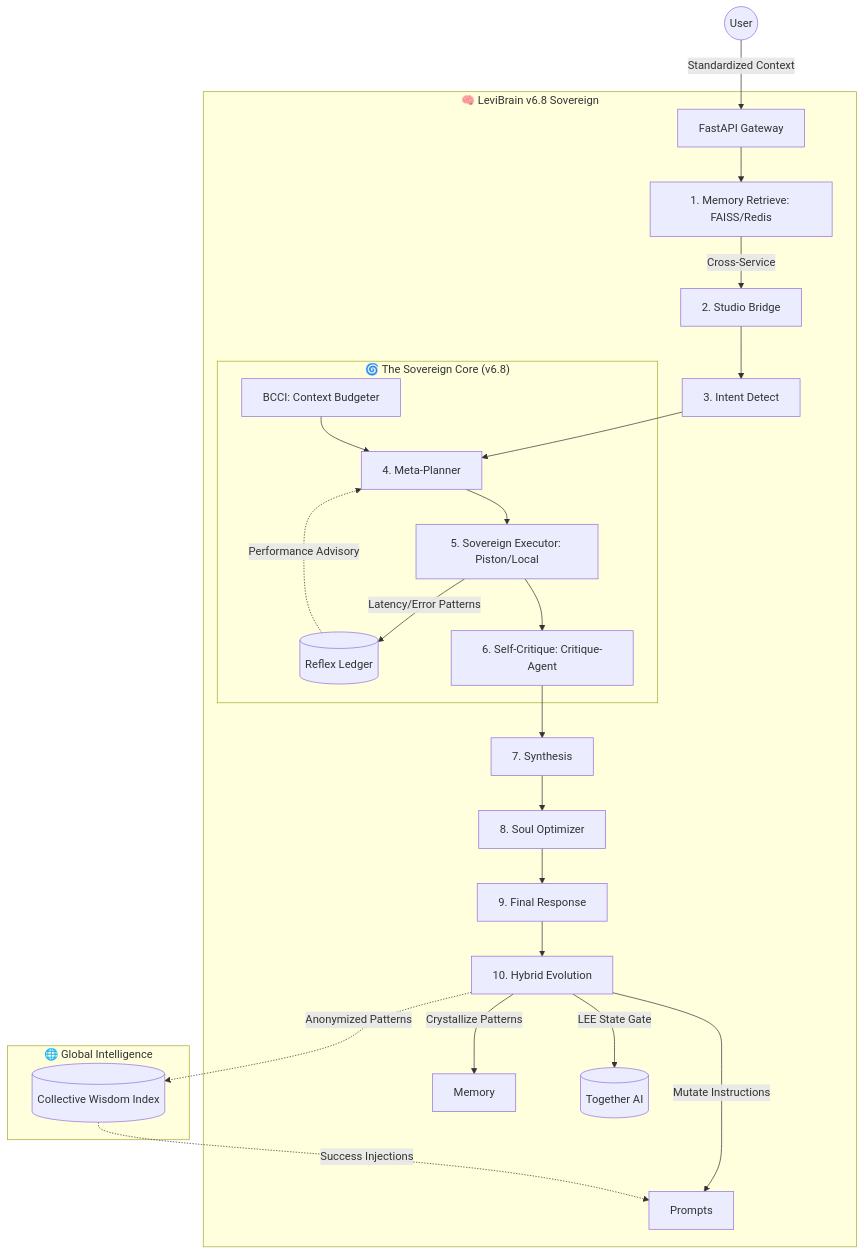
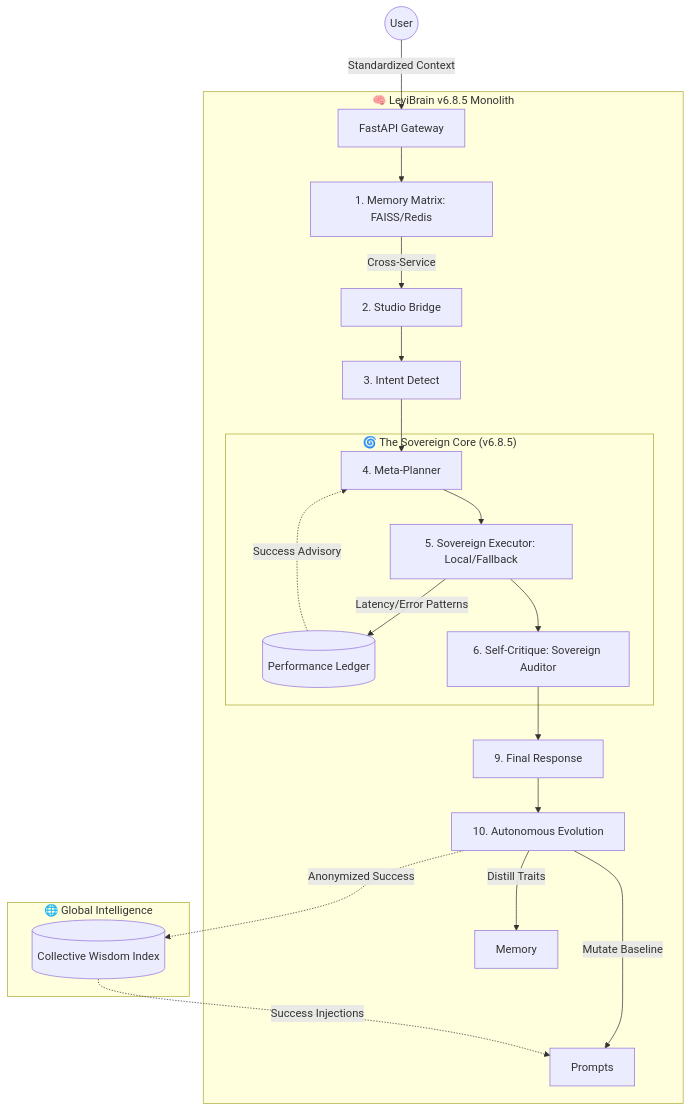
Before and after one commit to Blackdrg/levi-ai-innovate: the diagram in README.md, drawn with Mermaid. The commit also changed other lines of this file and 102 other files, not shown here.

First line of the commit message:
LEVI-AI v6.8.5: Sovereign Monolith Hardening Finalized

````diff
--- a/README.md
+++ b/README.md
@@ -31,33 +27,29 @@
 ```mermaid
 graph TD
     User((User)) -->|Standardized Context| GW[FastAPI Gateway]
 
-    subgraph Brain ["🧠 LeviBrain v6.8 Sovereign"]
-        GW --> Mem[1. Memory Retrieve: FAISS/Redis]
+    subgraph Brain ["🧠 LeviBrain v6.8.5 Monolith"]
+        GW --> Mem[1. Memory Matrix: FAISS/Redis]
         Mem -->|Cross-Service| Bridge[2. Studio Bridge]
         Bridge --> Int[3. Intent Detect]
         Int --> Meta[4. Meta-Planner]
         
-        subgraph Evolution ["🌀 The Sovereign Core (v6.8)"]
-            Ledger[(Reflex Ledger)] -.->|Performance Advisory| Meta
-            BCCI[BCCI: Context Budgeter] --> Meta
-            Meta --> Exec[5. Sovereign Executor: Piston/Local]
+        subgraph Evolution ["🌀 The Sovereign Core (v6.8.5)"]
+            Ledger[(Performance Ledger)] -.->|Success Advisory| Meta
+            Meta --> Exec[5. Sovereign Executor: Local/Fallback]
             Exec -->|Latency/Error Patterns| Ledger
-            Exec --> Val[6. Self-Critique: Critique-Agent]
+            Exec --> Val[6. Self-Critique: Sovereign Auditor]
         end
 
-        Val --> Synth[7. Synthesis]
-        Synth --> Opt[8. Soul Optimizer]
-        Opt --> Out[9. Final Response]
+        Val --> Out[9. Final Response]
         
-        Out --> Learn[10. Hybrid Evolution]
-        Learn -->|Crystallize Patterns| Memory
-        Learn -->|LEE State Gate| FineTune[(Together AI)]
-        Learn -->|Mutate Instructions| Prompts
+        Out --> Learn[10. Autonomous Evolution]
+        Learn -->|Distill Traits| Memory
+        Learn -->|Mutate Baseline| Prompts
     end
 
     subgraph Collective ["🌐 Global Intelligence"]
-        Learn -.->|Anonymized Patterns| Shared[(Collective Wisdom Index)]
+        Learn -.->|Anonymized Success| Shared[(Collective Wisdom Index)]
         Shared -.->|Success Injections| Prompts
     end
 ```
````
